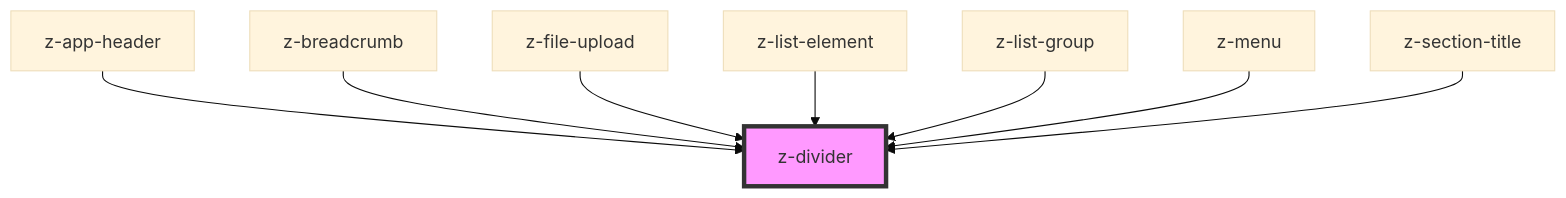
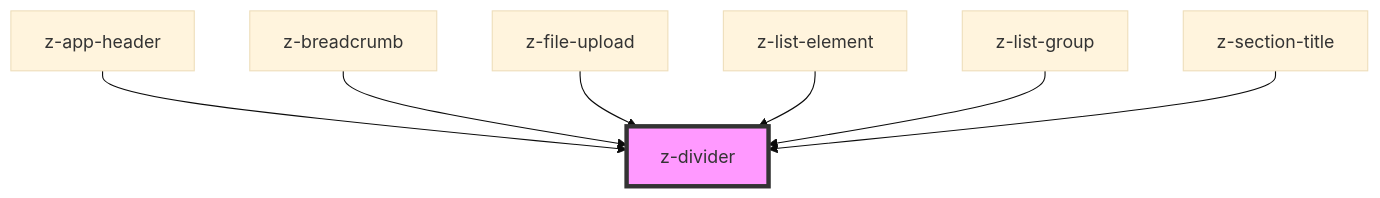
Before and after one commit to ZanichelliEditore/design-system: the diagram in src/components/z-divider/readme.md, drawn with Mermaid (base theme). The commit also changed other lines of this file and 6 other files, not shown here.

````diff
--- a/src/components/z-divider/readme.md
+++ b/src/components/z-divider/readme.md
@@ -28,11 +27,10 @@
 ```mermaid
 graph TD;
   z-app-header --> z-divider
   z-breadcrumb --> z-divider
   z-file-upload --> z-divider
   z-list-element --> z-divider
   z-list-group --> z-divider
-  z-menu --> z-divider
   z-section-title --> z-divider
   style z-divider fill:#f9f,stroke:#333,stroke-width:4px
 ```
````
